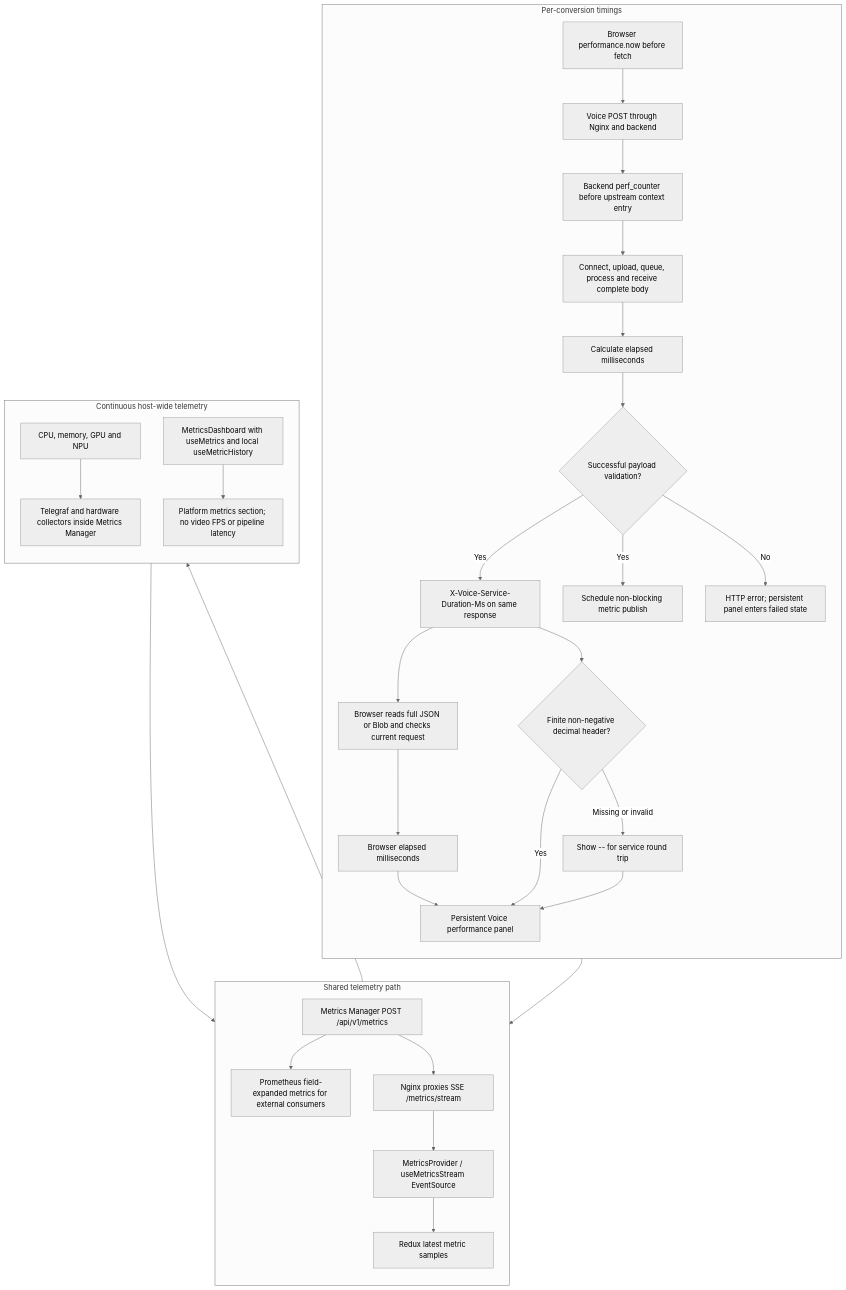
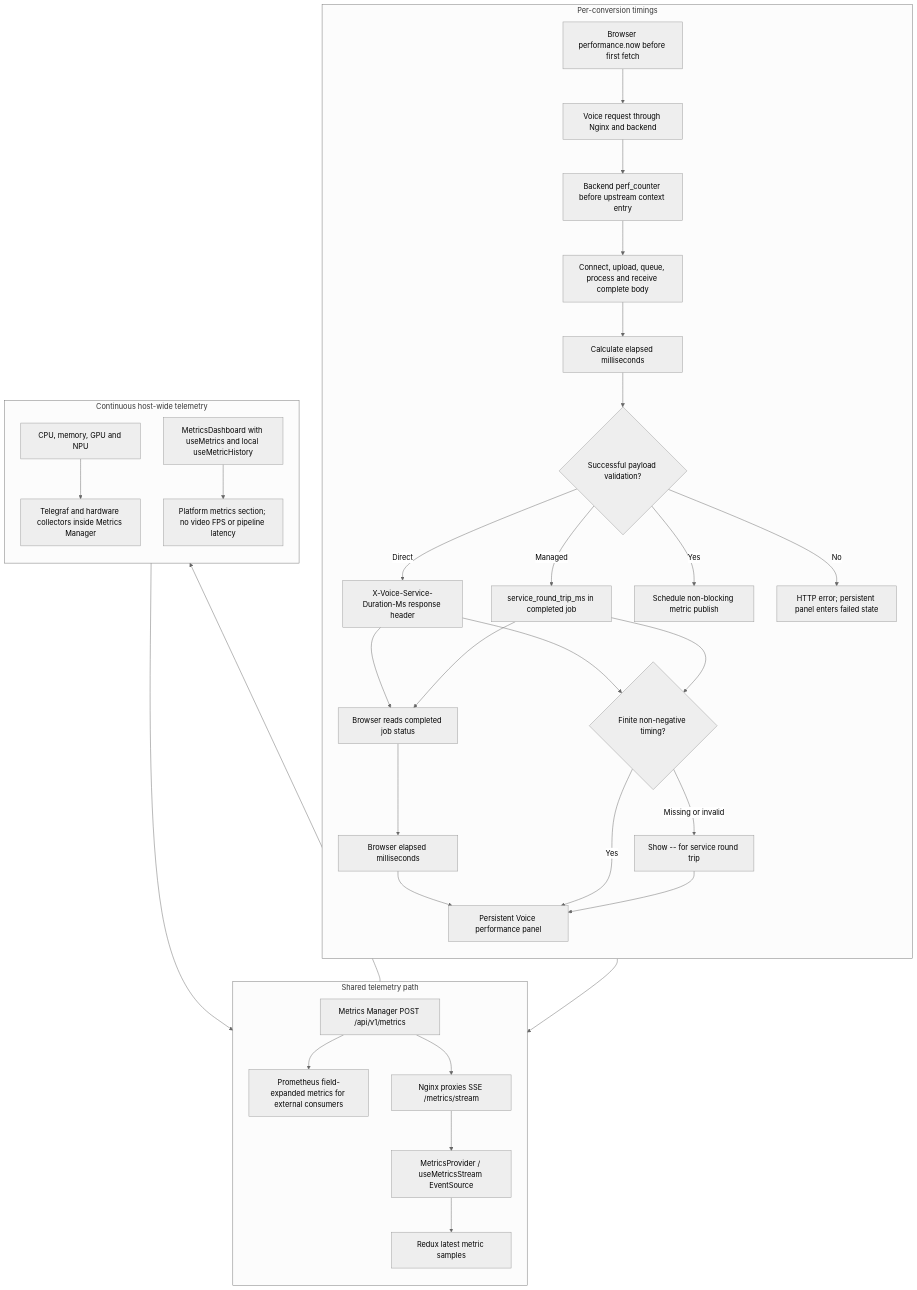
Before and after one commit to open-edge-platform/edge-ai-libraries: the tenth of 11 diagrams in tools/visual-pipeline-and-platform-evaluation-tool/docs/user-guide/developer-guide/voice-architecture.md, drawn with Mermaid (neutral theme). The commit also changed other lines of this file and 31 other files, not shown here.

````diff
--- a/tools/visual-pipeline-and-platform-evaluation-tool/docs/user-guide/developer-guide/voice-architecture.md
+++ b/tools/visual-pipeline-and-platform-evaluation-tool/docs/user-guide/developer-guide/voice-architecture.md
@@ -344,36 +448,39 @@
 ```mermaid
 flowchart TB
     subgraph request[Per-conversion timings]
       direction TB
-        BrowserStart[Browser performance.now before fetch] --> HTTP[Voice POST through Nginx and backend]
+        BrowserStart[Browser performance.now before first fetch] --> HTTP[Voice request through Nginx and backend]
         HTTP --> ServiceStart[Backend perf_counter before upstream context entry]
         ServiceStart --> ServiceBody[Connect, upload, queue, process and receive complete body]
         ServiceBody --> ServiceMs[Calculate elapsed milliseconds]
         ServiceMs --> Valid{Successful payload validation?}
-        Valid -->|Yes| Header[X-Voice-Service-Duration-Ms on same response]
+        Valid -->|Direct| Header[X-Voice-Service-Duration-Ms response header]
+        Valid -->|Managed| JobField[service_round_trip_ms in completed job]
         Valid -->|Yes| Publish[Schedule non-blocking metric publish]
         Valid -->|No| NoMetric[HTTP error; persistent panel enters failed state]
         Header --> Parsed[Browser reads full JSON or Blob and checks current request]
+        JobField --> Parsed[Browser reads completed job status]
         Parsed --> RequestMs[Browser elapsed milliseconds]
         RequestMs --> Panel[Persistent Voice performance panel]
-        Header --> HeaderCheck{Finite non-negative decimal header?}
-        HeaderCheck -->|Yes| Panel
-        HeaderCheck -->|Missing or invalid| Unavailable[Show -- for service round trip]
+        Header --> TimingCheck{Finite non-negative timing?}
+        JobField --> TimingCheck
+        TimingCheck -->|Yes| Panel
+        TimingCheck -->|Missing or invalid| Unavailable[Show -- for service round trip]
         Unavailable --> Panel
     end
     subgraph telemetry[Shared telemetry path]
       direction TB
         Publish --> Manager[Metrics Manager POST /api/v1/metrics]
         Manager --> Prometheus[Prometheus field-expanded metrics for external consumers]
         Manager --> Proxy[Nginx proxies SSE /metrics/stream]
         Proxy --> Stream[MetricsProvider / useMetricsStream EventSource]
         Stream --> Redux[Redux latest metric samples]
     end
     subgraph platform[Continuous host-wide telemetry]
       direction TB
         Host[CPU, memory, GPU and NPU] --> Collectors[Telegraf and hardware collectors inside Metrics Manager]
         Collectors --> Manager
         Redux --> Dashboard[MetricsDashboard with useMetrics and local useMetricHistory]
         Dashboard --> Charts[Platform metrics section; no video FPS or pipeline latency]
     end
 ```
````
